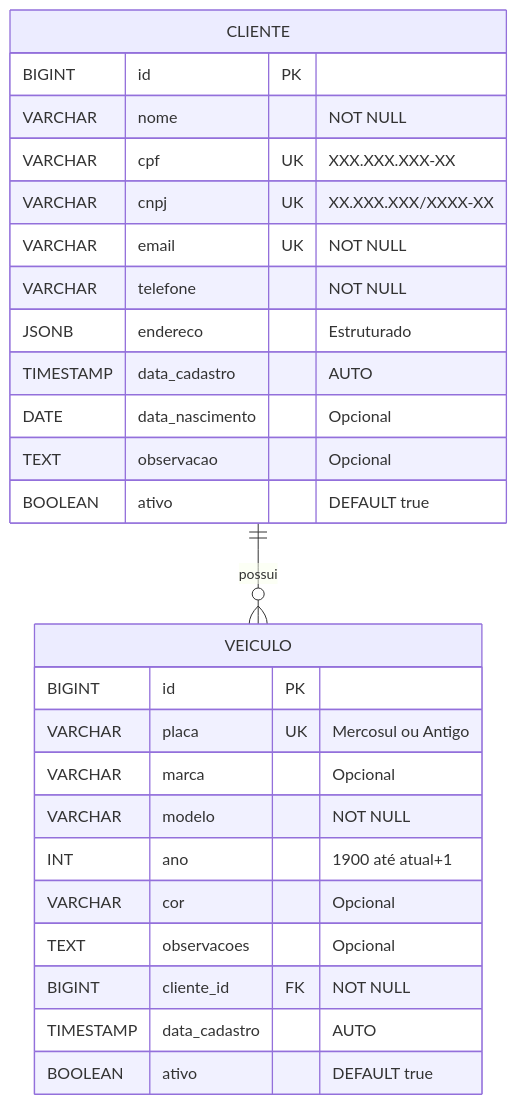
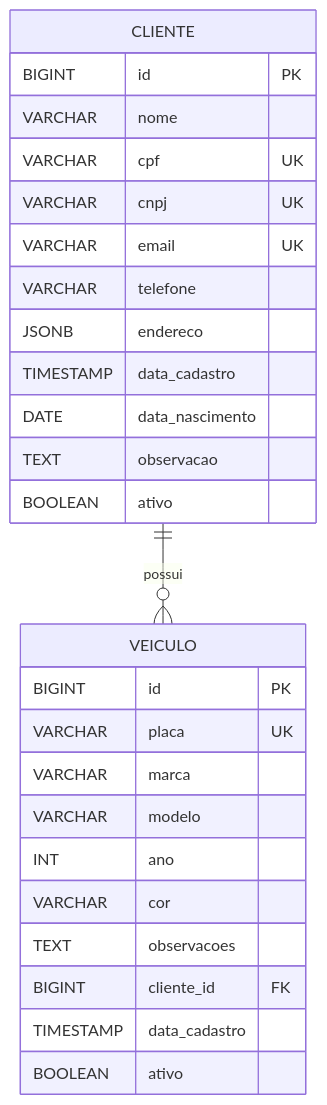
Before and after one commit to fiap-soat-grupo36/infra-database: the third of 8 diagrams in docs/diagramas/er-completo.md, drawn with Mermaid. The commit also changed other lines of this file, not shown here.

Commit message:
fix: corrige diagramas ER para compatibilidade com GitHub Mermaid (remove underscores dos nomes)

````diff
--- a/docs/diagramas/er-completo.md
+++ b/docs/diagramas/er-completo.md
@@ -172,31 +191,31 @@
 ```mermaid
 erDiagram
     CLIENTE {
         BIGINT id PK
-        VARCHAR nome "NOT NULL"
-        VARCHAR cpf UK "XXX.XXX.XXX-XX"
-        VARCHAR cnpj UK "XX.XXX.XXX/XXXX-XX"
-        VARCHAR email UK "NOT NULL"
-        VARCHAR telefone "NOT NULL"
-        JSONB endereco "Estruturado"
-        TIMESTAMP data_cadastro "AUTO"
-        DATE data_nascimento "Opcional"
-        TEXT observacao "Opcional"
-        BOOLEAN ativo "DEFAULT true"
+        VARCHAR nome
+        VARCHAR cpf UK
+        VARCHAR cnpj UK
+        VARCHAR email UK
+        VARCHAR telefone
+        JSONB endereco
+        TIMESTAMP data_cadastro
+        DATE data_nascimento
+        TEXT observacao
+        BOOLEAN ativo
     }
 
     VEICULO {
         BIGINT id PK
-        VARCHAR placa UK "Mercosul ou Antigo"
-        VARCHAR marca "Opcional"
-        VARCHAR modelo "NOT NULL"
-        INT ano "1900 até atual+1"
-        VARCHAR cor "Opcional"
-        TEXT observacoes "Opcional"
-        BIGINT cliente_id FK "NOT NULL"
-        TIMESTAMP data_cadastro "AUTO"
-        BOOLEAN ativo "DEFAULT true"
+        VARCHAR placa UK
+        VARCHAR marca
+        VARCHAR modelo
+        INT ano
+        VARCHAR cor
+        TEXT observacoes
+        BIGINT cliente_id FK
+        TIMESTAMP data_cadastro
+        BOOLEAN ativo
     }
 
-    CLIENTE ||--o{ VEICULO : "possui"
+    CLIENTE ||--o{ VEICULO : possui
 ```
````
